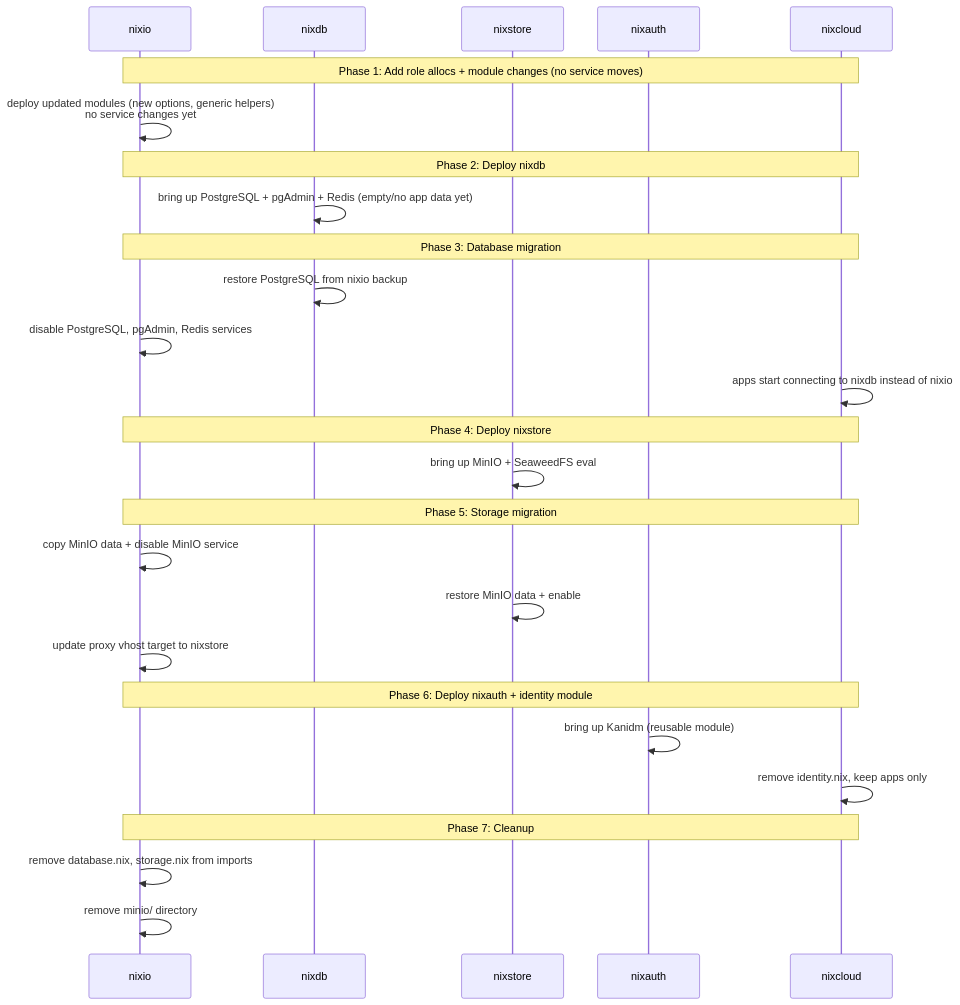
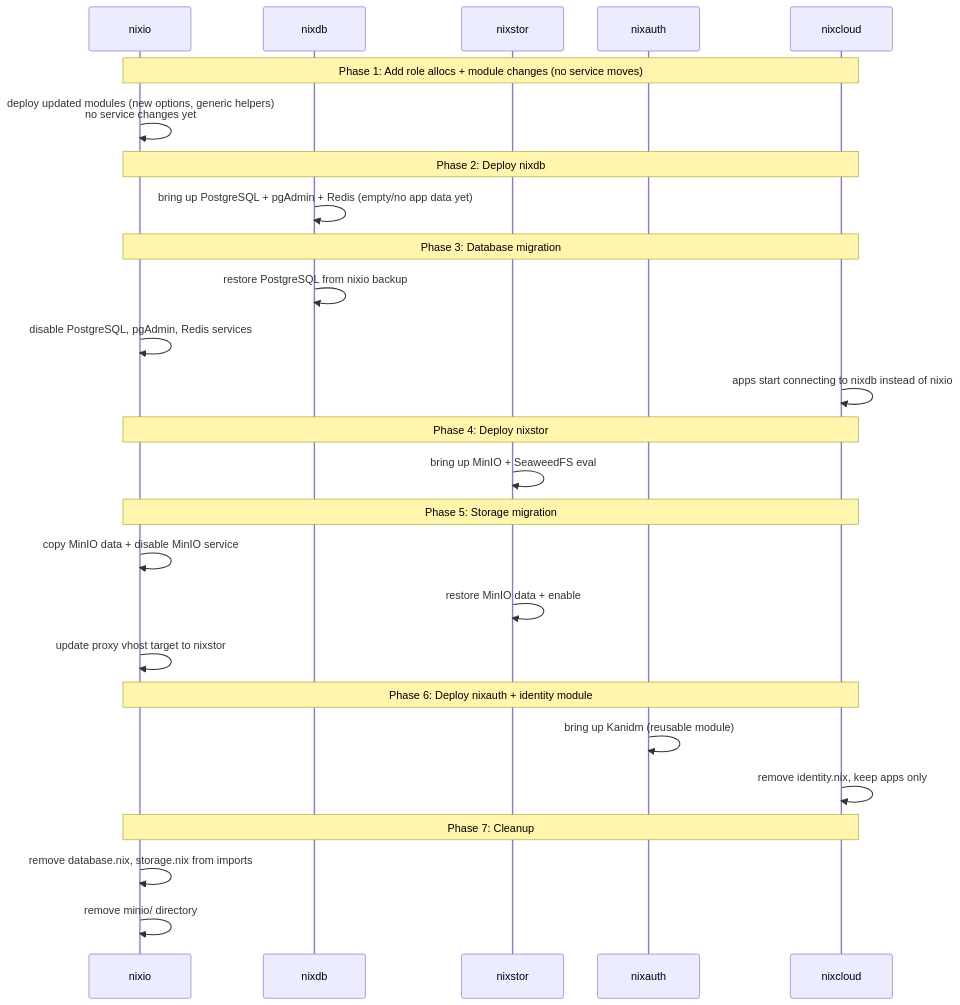
The fifth of 6 diagrams in openspec/changes/reallocate-server-service-roles/design.md (DaRacci/nix-config), drawn with Mermaid before and after one commit. The commit also changed other lines of this file and 70 other files, not shown here.

````diff
--- a/openspec/changes/reallocate-server-service-roles/design.md
+++ b/openspec/changes/reallocate-server-service-roles/design.md
@@ -448,35 +448,35 @@
 ```mermaid
 sequenceDiagram
     participant nixio
     participant nixdb
-    participant nixstore
+    participant nixstor
     participant nixauth
     participant nixcloud
 
     Note over nixio,nixcloud: Phase 1: Add role allocs + module changes (no service moves)
     nixio->>nixio: deploy updated modules (new options, generic helpers)<br/>no service changes yet
 
     Note over nixio,nixcloud: Phase 2: Deploy nixdb
     nixdb->>nixdb: bring up PostgreSQL + pgAdmin + Redis (empty/no app data yet)
 
     Note over nixio,nixcloud: Phase 3: Database migration
     nixdb->>nixdb: restore PostgreSQL from nixio backup
     nixio->>nixio: disable PostgreSQL, pgAdmin, Redis services
     nixcloud->>nixcloud: apps start connecting to nixdb instead of nixio
 
-    Note over nixio,nixcloud: Phase 4: Deploy nixstore
-    nixstore->>nixstore: bring up MinIO + SeaweedFS eval
+    Note over nixio,nixcloud: Phase 4: Deploy nixstor
+    nixstor->>nixstor: bring up MinIO + SeaweedFS eval
 
     Note over nixio,nixcloud: Phase 5: Storage migration
     nixio->>nixio: copy MinIO data + disable MinIO service
-    nixstore->>nixstore: restore MinIO data + enable
-    nixio->>nixio: update proxy vhost target to nixstore
+    nixstor->>nixstor: restore MinIO data + enable
+    nixio->>nixio: update proxy vhost target to nixstor
 
     Note over nixio,nixcloud: Phase 6: Deploy nixauth + identity module
     nixauth->>nixauth: bring up Kanidm (reusable module)
     nixcloud->>nixcloud: remove identity.nix, keep apps only
 
     Note over nixio,nixcloud: Phase 7: Cleanup
     nixio->>nixio: remove database.nix, storage.nix from imports
     nixio->>nixio: remove minio/ directory
 ```
````
